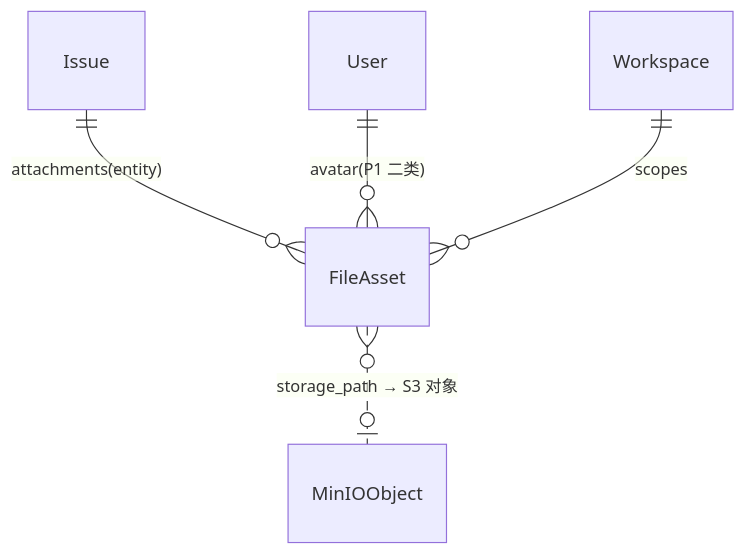
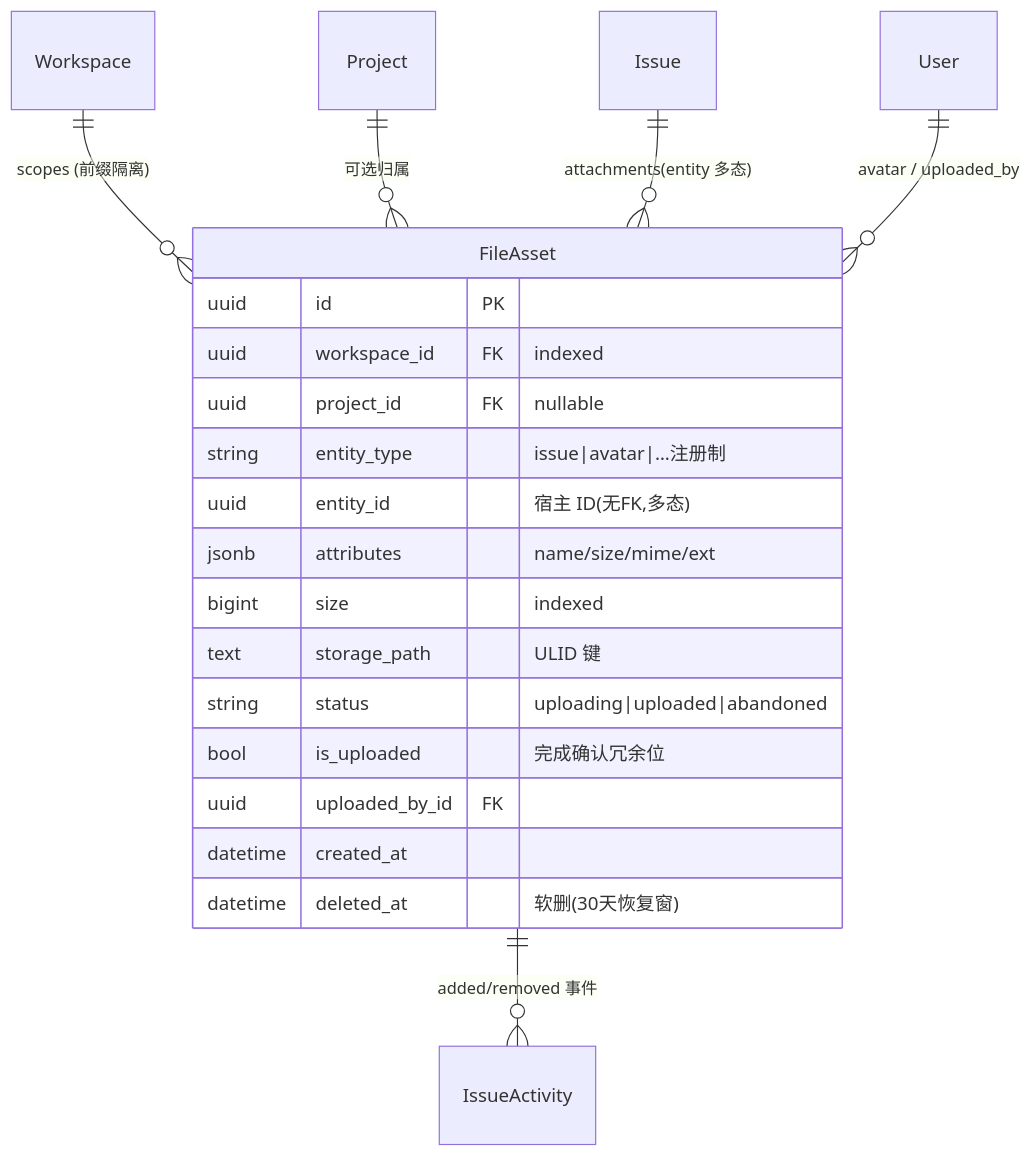
Before and after one commit to RabbitAI-Lab/RabbitProjects: the third of 3 diagrams in docs/sprint-1-mvp/FILE-001-task-attachment.md, drawn with Mermaid. The commit also changed other lines of this file and 86 other files, not shown here.

````diff
--- a/docs/sprint-1-mvp/FILE-001-task-attachment.md
+++ b/docs/sprint-1-mvp/FILE-001-task-attachment.md
@@ -215,7 +446,24 @@
 ```mermaid
 erDiagram
-    Issue ||--o{ FileAsset : "attachments(entity)"
-    User ||--o{ FileAsset : "avatar(P1 二类)"
-    Workspace ||--o{ FileAsset : scopes
-    FileAsset }o..o| MinIOObject : "storage_path → S3 对象"
+    Workspace ||--o{ FileAsset : "scopes (前缀隔离)"
+    Project ||--o{ FileAsset : "可选归属"
+    Issue ||--o{ FileAsset : "attachments(entity 多态)"
+    User ||--o{ FileAsset : "avatar / uploaded_by"
+    FileAsset ||--o{ IssueActivity : "added/removed 事件"
+
+    FileAsset {
+        uuid id PK
+        uuid workspace_id FK "indexed"
+        uuid project_id FK "nullable"
+        string entity_type "issue|avatar|…注册制"
+        uuid entity_id "宿主 ID(无FK,多态)"
+        jsonb attributes "name/size/mime/ext"
+        bigint size "indexed"
+        text storage_path "ULID 键"
+        string status "uploading|uploaded|abandoned"
+        bool is_uploaded "完成确认冗余位"
+        uuid uploaded_by_id FK
+        datetime created_at
+        datetime deleted_at "软删(30天恢复窗)"
+    }
 ```
````
